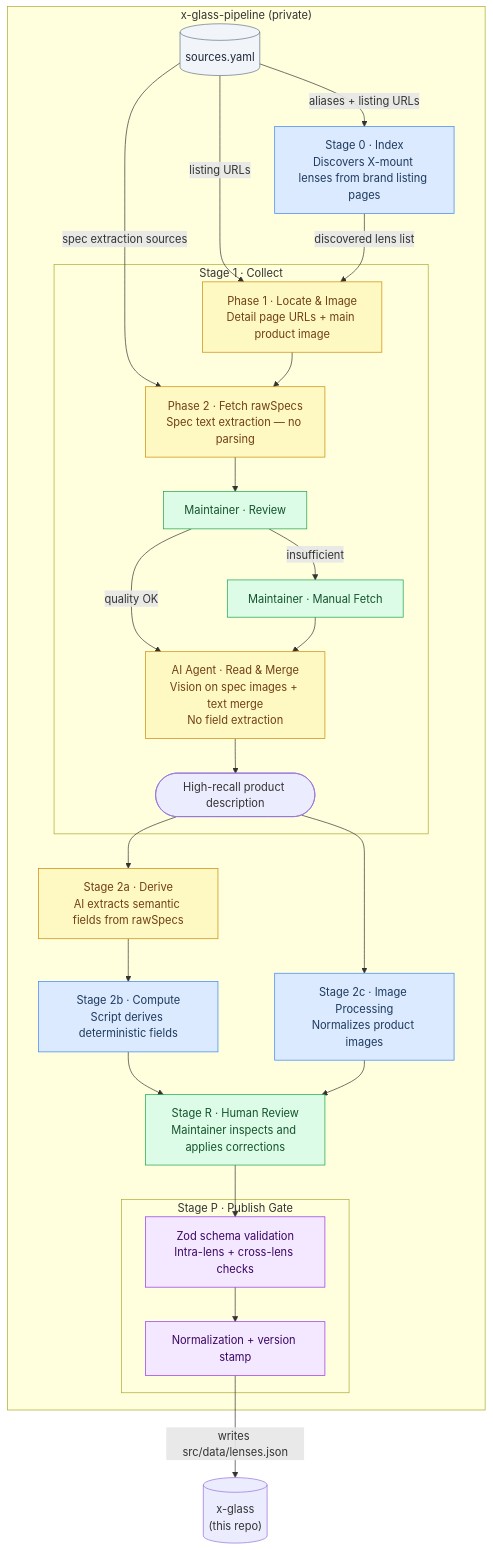
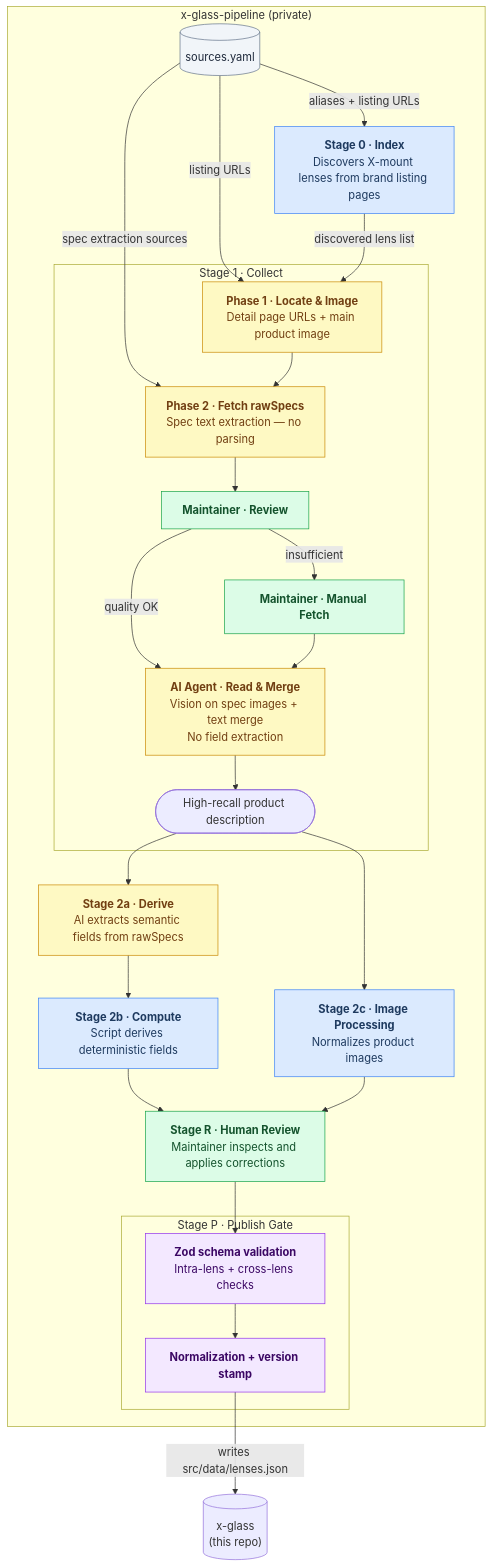
Before and after one commit to sentacraft/x-glass: the diagram in README.md, drawn with Mermaid. The commit also changed 1 other file, not shown here.

Commit message:
docs(pipeline): bold node titles in Mermaid diagram for visual hierarchy

````diff
--- a/README.md
+++ b/README.md
@@ -50,56 +50,56 @@
 ```mermaid
 flowchart TD
   subgraph pipeline["x-glass-pipeline (private)"]
     SOURCES[("sources.yaml")]
 
-    S0["Stage 0 · Index\nDiscovers X-mount lenses from brand listing pages"]
+    S0["<b>Stage 0 · Index</b><br/>Discovers X-mount lenses from brand listing pages"]
 
     subgraph s1["Stage 1 · Collect"]
-      S1p1["Phase 1 · Locate & Image\nDetail page URLs + main product image"]
-      S1p2["Phase 2 · Fetch rawSpecs\nSpec text extraction — no parsing"]
-      S1r["Maintainer · Review"]
-      S1h["Maintainer · Manual Fetch"]
-      S1b["AI Agent · Read & Merge\nVision on spec images + text merge\nNo field extraction"]
+      S1p1["<b>Phase 1 · Locate & Image</b><br/>Detail page URLs + main product image"]
+      S1p2["<b>Phase 2 · Fetch rawSpecs</b><br/>Spec text extraction — no parsing"]
+      S1r["<b>Maintainer · Review</b>"]
+      S1h["<b>Maintainer · Manual Fetch</b>"]
+      S1b["<b>AI Agent · Read & Merge</b><br/>Vision on spec images + text merge<br/>No field extraction"]
       S1out(["High-recall product description"])
     end
 
-    S2a["Stage 2a · Derive\nAI extracts semantic fields from rawSpecs"]
-    S2b["Stage 2b · Compute\nScript derives deterministic fields"]
-    S2c["Stage 2c · Image Processing\nNormalizes product images"]
-    SR["Stage R · Human Review\nMaintainer inspects and applies corrections"]
+    S2a["<b>Stage 2a · Derive</b><br/>AI extracts semantic fields from rawSpecs"]
+    S2b["<b>Stage 2b · Compute</b><br/>Script derives deterministic fields"]
+    S2c["<b>Stage 2c · Image Processing</b><br/>Normalizes product images"]
+    SR["<b>Stage R · Human Review</b><br/>Maintainer inspects and applies corrections"]
 
     subgraph sp["Stage P · Publish Gate"]
-      SP1["Zod schema validation\nIntra-lens + cross-lens checks"]
-      SP2["Normalization + version stamp"]
+      SP1["<b>Zod schema validation</b><br/>Intra-lens + cross-lens checks"]
+      SP2["<b>Normalization + version stamp</b>"]
     end
   end
 
   SOURCES -->|"aliases + listing URLs"| S0
   SOURCES -->|"listing URLs"| S1p1
   SOURCES -->|"spec extraction sources"| S1p2
   S0 -->|"discovered lens list"| S1p1
   S1p1 --> S1p2
   S1p2 --> S1r
   S1r -->|"quality OK"| S1b
   S1r -->|"insufficient"| S1h
   S1h --> S1b
   S1b --> S1out
   S1out --> S2a & S2c
   S2a --> S2b
   S2b & S2c --> SR
   SR --> SP1
   SP1 --> SP2
-  SP2 -->|"writes src/data/lenses.json"| DB[("x-glass\n(this repo)")]
+  SP2 -->|"writes src/data/lenses.json"| DB[("x-glass<br/>(this repo)")]
 
   classDef script fill:#dbeafe,stroke:#3b82f6,color:#1e3a5f
   classDef agent fill:#fef9c3,stroke:#ca8a04,color:#713f12
   classDef human fill:#dcfce7,stroke:#16a34a,color:#14532d
   classDef gate fill:#f3e8ff,stroke:#9333ea,color:#3b0764
   classDef config fill:#f1f5f9,stroke:#64748b,color:#1e293b
 
   class S0,S2b,S2c script
   class S1p1,S1p2,S1b,S2a agent
   class S1r,S1h,SR human
   class SP1,SP2 gate
   class SOURCES config
 ```
````
